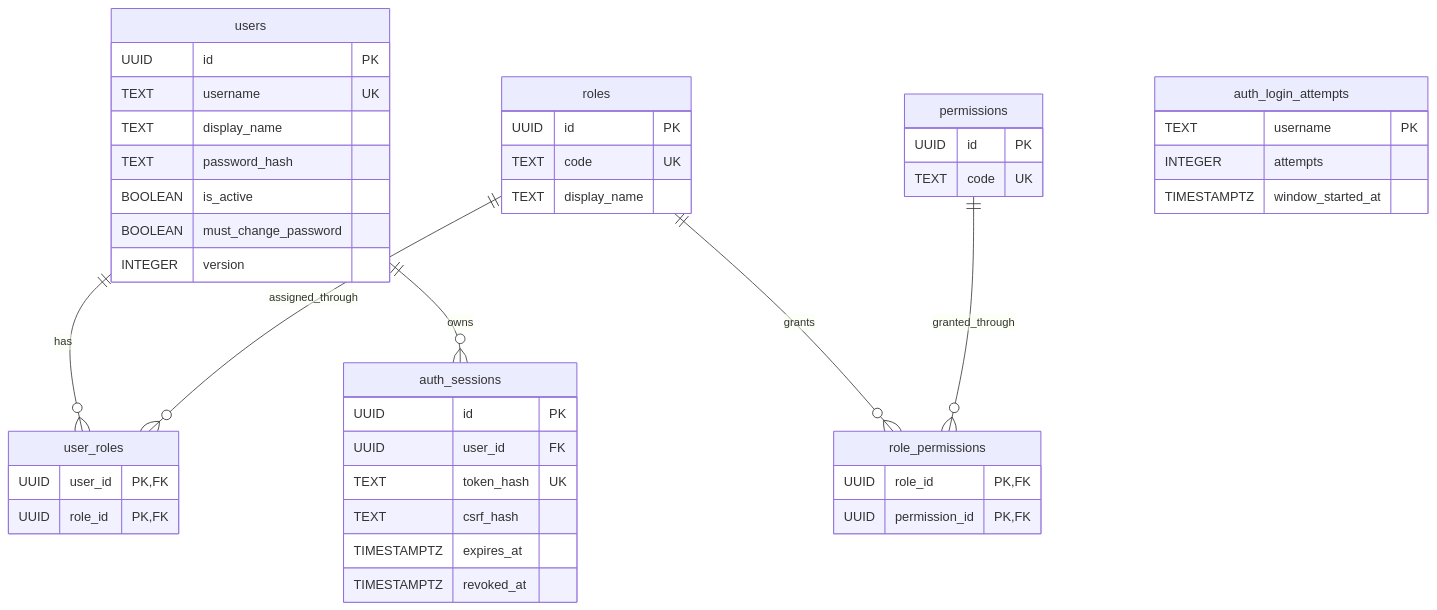
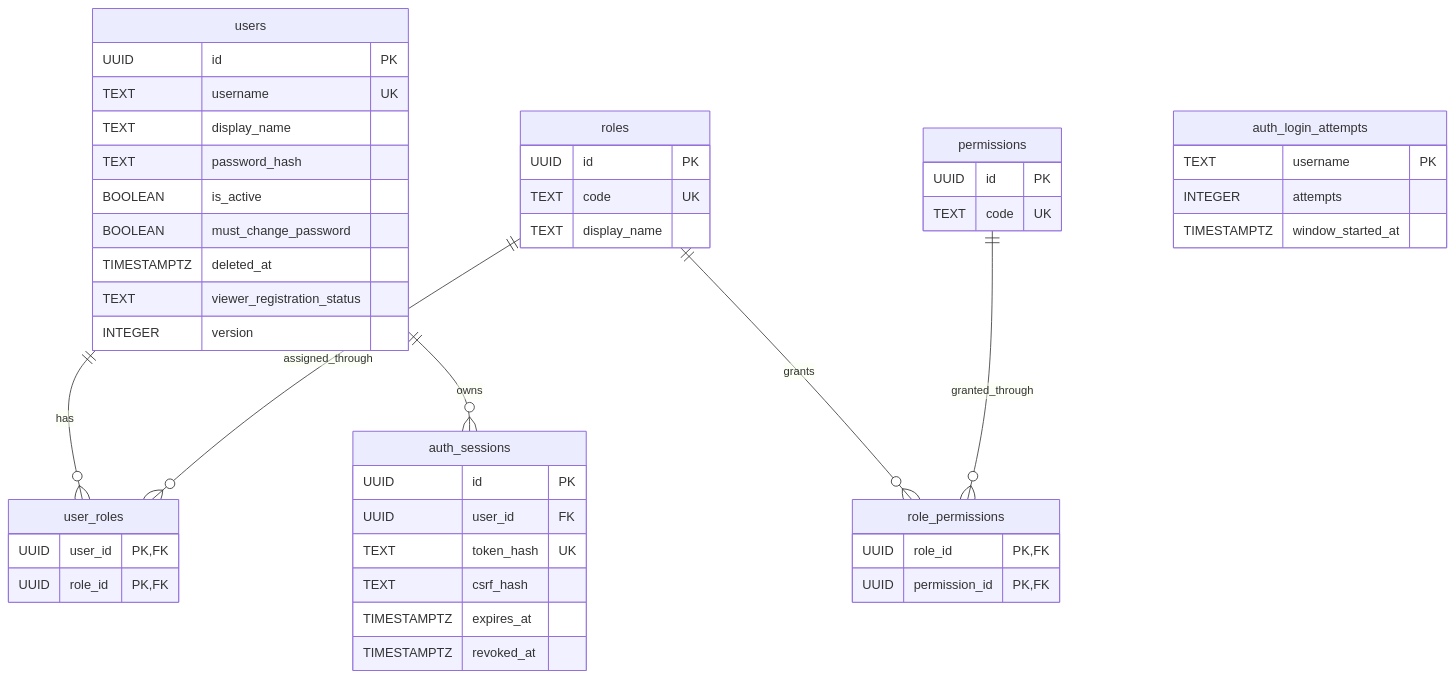
One commit to ravhirizaldi/digitalarch changed the first of 4 diagrams in ERD.md. Above: the diagram before and after it, drawn with Mermaid. The commit also changed other lines of this file and 57 other files, not shown here.

````diff
--- a/ERD.md
+++ b/ERD.md
@@ -7,48 +7,50 @@
 ```mermaid
 erDiagram
     users ||--o{ user_roles : has
     roles ||--o{ user_roles : assigned_through
     roles ||--o{ role_permissions : grants
     permissions ||--o{ role_permissions : granted_through
     users ||--o{ auth_sessions : owns
 
     users {
         UUID id PK
         TEXT username UK
         TEXT display_name
         TEXT password_hash
         BOOLEAN is_active
         BOOLEAN must_change_password
+        TIMESTAMPTZ deleted_at
+        TEXT viewer_registration_status
         INTEGER version
     }
     roles {
         UUID id PK
         TEXT code UK
         TEXT display_name
     }
     permissions {
         UUID id PK
         TEXT code UK
     }
     user_roles {
         UUID user_id PK, FK
         UUID role_id PK, FK
     }
     role_permissions {
         UUID role_id PK, FK
         UUID permission_id PK, FK
     }
     auth_sessions {
         UUID id PK
         UUID user_id FK
         TEXT token_hash UK
         TEXT csrf_hash
         TIMESTAMPTZ expires_at
         TIMESTAMPTZ revoked_at
     }
     auth_login_attempts {
         TEXT username PK
         INTEGER attempts
         TIMESTAMPTZ window_started_at
     }
 ```
````
